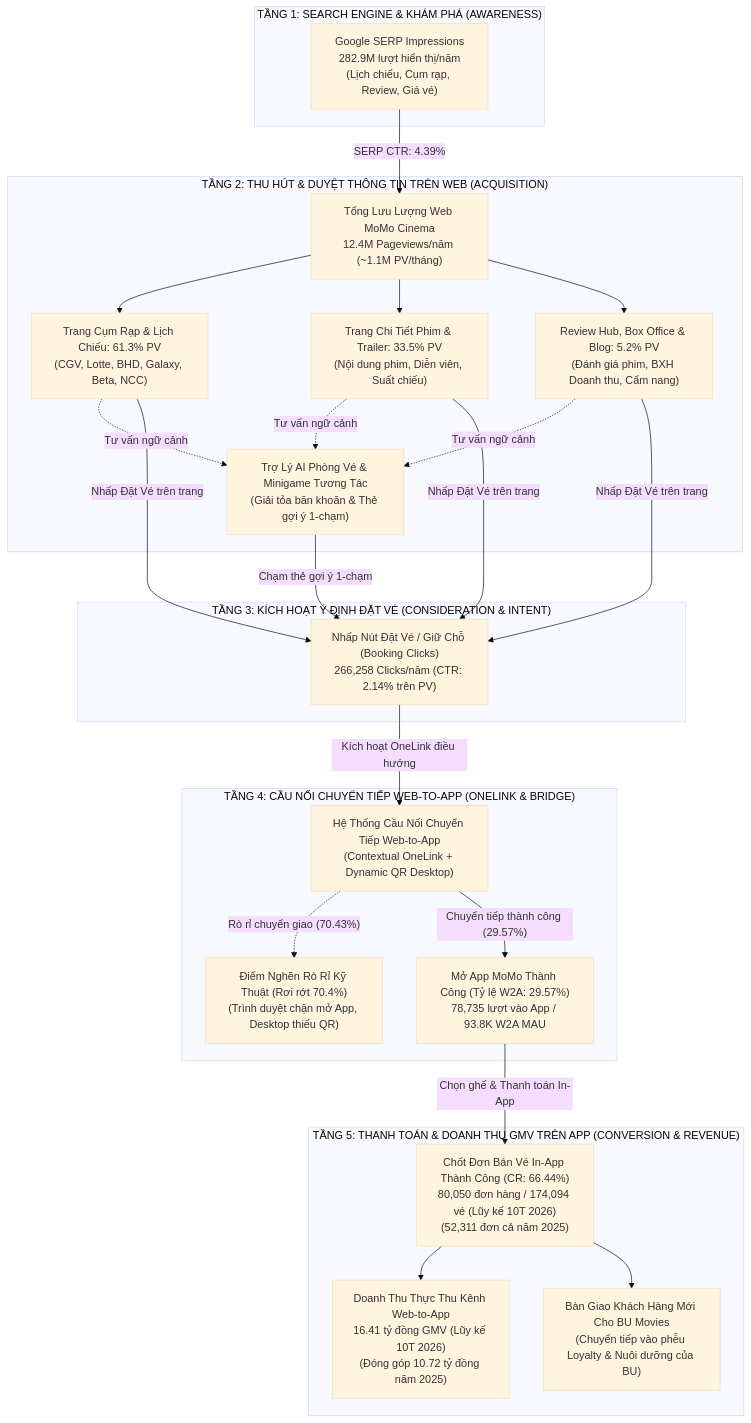
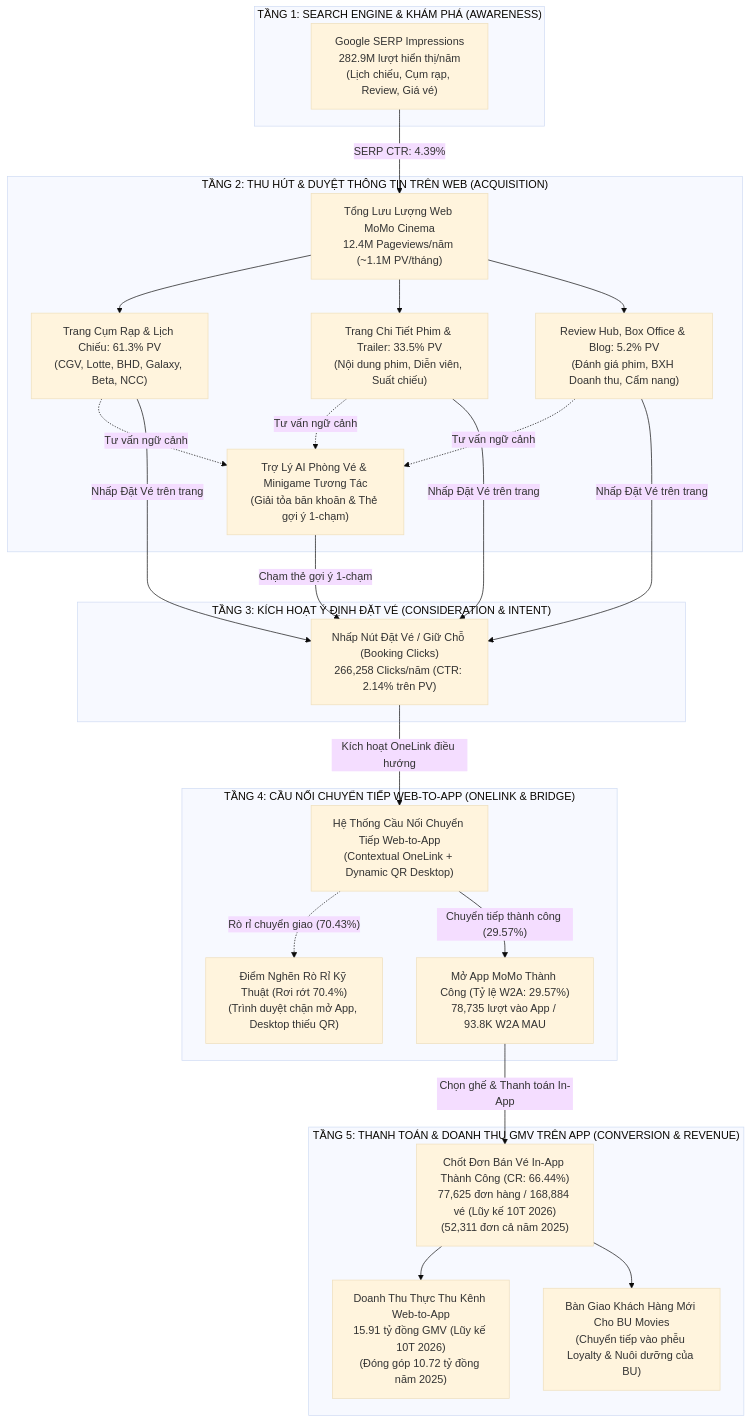
The first of 4 diagrams in 05_HUBS/cinema/cinema-hub-brd.md (stormhoang/hienho-knowledgebase), drawn with Mermaid (base theme) before and after one commit. The commit also changed other lines of this file and 36 other files, not shown here.

````diff
--- a/05_HUBS/cinema/cinema-hub-brd.md
+++ b/05_HUBS/cinema/cinema-hub-brd.md
@@ -156,42 +157,42 @@
 ```mermaid
 flowchart TD
     subgraph T1 ["TẦNG 1: SEARCH ENGINE & KHÁM PHÁ (AWARENESS)"]
         A1["Google SERP Impressions<br/>282.9M lượt hiển thị/năm<br/>(Lịch chiếu, Cụm rạp, Review, Giá vé)"]
     end
 
     subgraph T2 ["TẦNG 2: THU HÚT & DUYỆT THÔNG TIN TRÊN WEB (ACQUISITION)"]
         B1["Tổng Lưu Lượng Web MoMo Cinema<br/>12.4M Pageviews/năm (~1.1M PV/tháng)"]
         B2["Trang Cụm Rạp & Lịch Chiếu: 61.3% PV<br/>(CGV, Lotte, BHD, Galaxy, Beta, NCC)"]
         B3["Trang Chi Tiết Phim & Trailer: 33.5% PV<br/>(Nội dung phim, Diễn viên, Suất chiếu)"]
         B4["Review Hub, Box Office & Blog: 5.2% PV<br/>(Đánh giá phim, BXH Doanh thu, Cẩm nang)"]
         B5["Trợ Lý AI Phòng Vé & Minigame Tương Tác<br/>(Giải tỏa băn khoăn & Thẻ gợi ý 1-chạm)"]
     end
 
     subgraph T3 ["TẦNG 3: KÍCH HOẠT Ý ĐỊNH ĐẶT VÉ (CONSIDERATION & INTENT)"]
         C1["Nhấp Nút Đặt Vé / Giữ Chỗ (Booking Clicks)<br/>266,258 Clicks/năm (CTR: 2.14% trên PV)"]
     end
 
     subgraph T4 ["TẦNG 4: CẦU NỐI CHUYỂN TIẾP WEB-TO-APP (ONELINK & BRIDGE)"]
         D1["Hệ Thống Cầu Nối Chuyển Tiếp Web-to-App<br/>(Contextual OneLink + Dynamic QR Desktop)"]
         D2["Điểm Nghẽn Rò Rỉ Kỹ Thuật (Rơi rớt 70.4%)<br/>(Trình duyệt chặn mở App, Desktop thiếu QR)"]
         D3["Mở App MoMo Thành Công (Tỷ lệ W2A: 29.57%)<br/>78,735 lượt vào App / 93.8K W2A MAU"]
     end
 
     subgraph T5 ["TẦNG 5: THANH TOÁN & DOANH THU GMV TRÊN APP (CONVERSION & REVENUE)"]
-        E1["Chốt Đơn Bán Vé In-App Thành Công (CR: 66.44%)<br/>80,050 đơn hàng / 174,094 vé (Lũy kế 10T 2026)<br/>(52,311 đơn cả năm 2025)"]
-        E2["Doanh Thu Thực Thu Kênh Web-to-App<br/>16.41 tỷ đồng GMV (Lũy kế 10T 2026)<br/>(Đóng góp 10.72 tỷ đồng năm 2025)"]
+        E1["Chốt Đơn Bán Vé In-App Thành Công (CR: 66.44%)<br/>77,625 đơn hàng / 168,884 vé (Lũy kế 10T 2026)<br/>(52,311 đơn cả năm 2025)"]
+        E2["Doanh Thu Thực Thu Kênh Web-to-App<br/>15.91 tỷ đồng GMV (Lũy kế 10T 2026)<br/>(Đóng góp 10.72 tỷ đồng năm 2025)"]
         E3["Bàn Giao Khách Hàng Mới Cho BU Movies<br/>(Chuyển tiếp vào phễu Loyalty & Nuôi dưỡng của BU)"]
     end
 
     A1 -->|"SERP CTR: 4.39%"| B1
     B1 --> B2 & B3 & B4
     B2 & B3 & B4 -.->|"Tư vấn ngữ cảnh"| B5
     B2 & B3 & B4 -->|"Nhấp Đặt Vé trên trang"| C1
     B5 -->|"Chạm thẻ gợi ý 1-chạm"| C1
     C1 -->|"Kích hoạt OneLink điều hướng"| D1
     D1 -.->|"Rò rỉ chuyển giao (70.43%)"| D2
     D1 -->|"Chuyển tiếp thành công (29.57%)"| D3
     D3 -->|"Chọn ghế & Thanh toán In-App"| E1
     E1 --> E2
     E1 --> E3
 ```
````
